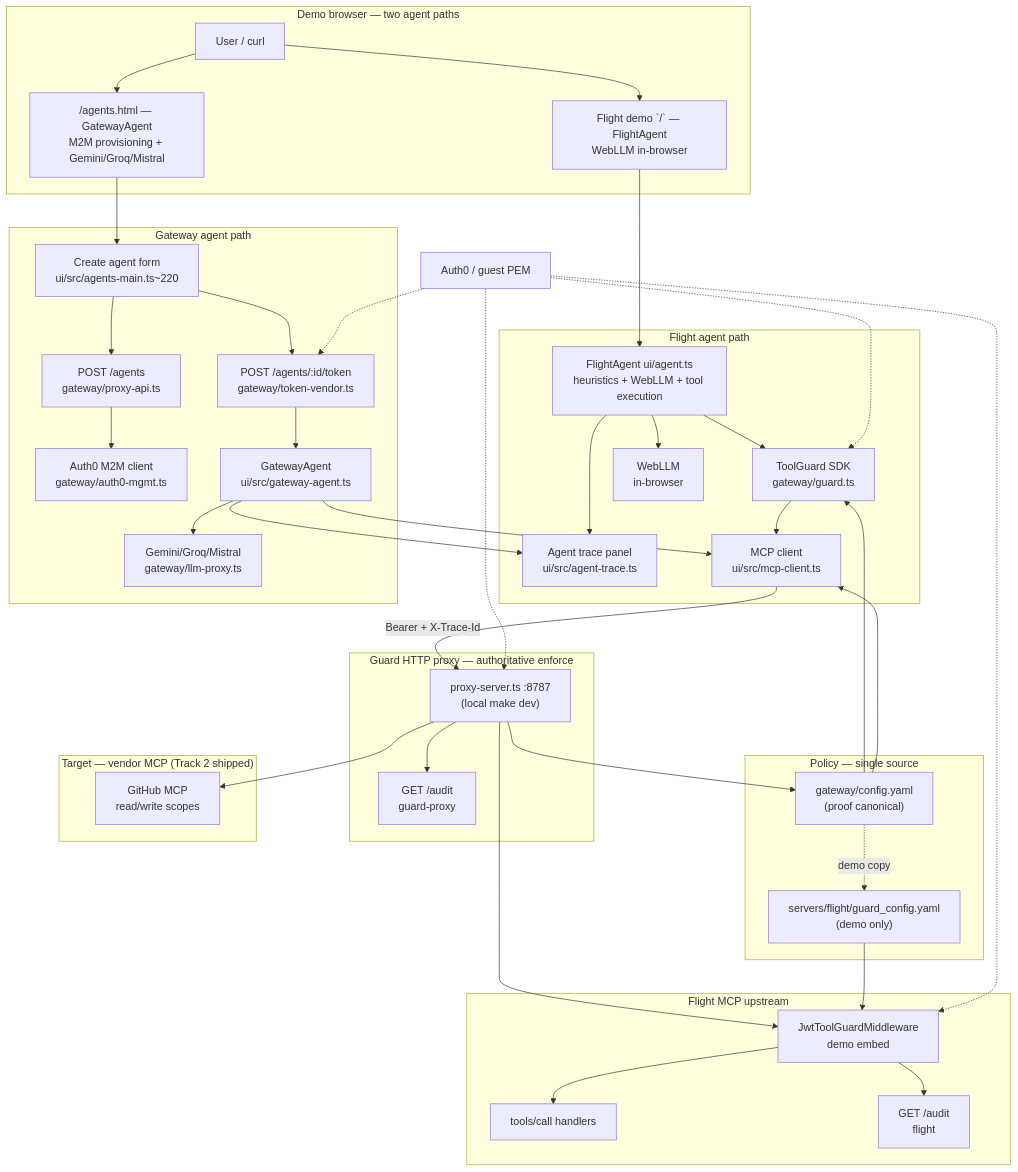
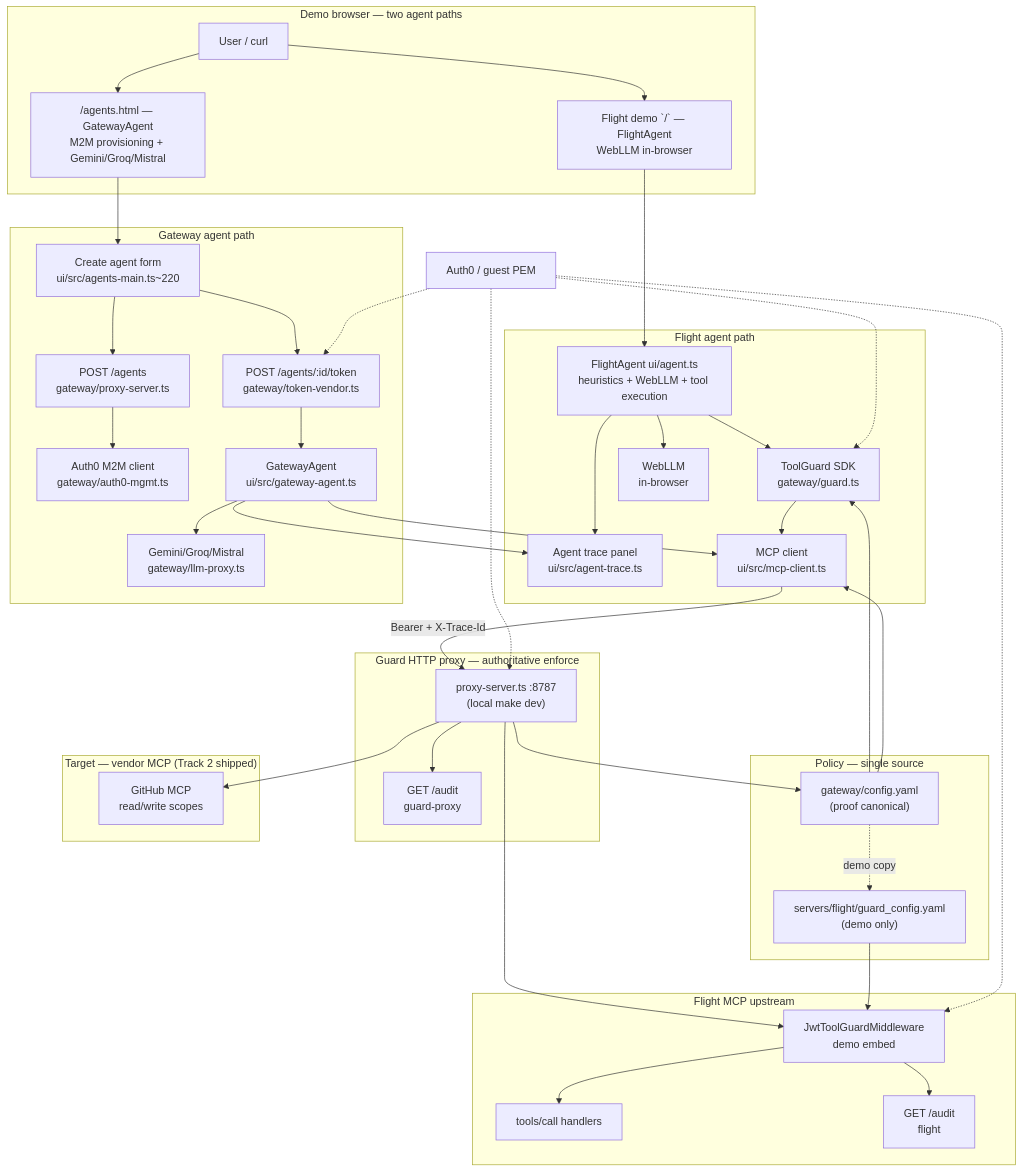
The first of 4 diagrams in docs/ARCHITECTURE.md (peterkrentel/mcp-tool-guard), drawn with Mermaid before and after one commit. The commit also changed other lines of this file and 1 other file, not shown here.

Commit message:
docs(architecture): fix POST /agents endpoint reference - proxy-server.ts not proxy-api.ts

````diff
--- a/docs/ARCHITECTURE.md
+++ b/docs/ARCHITECTURE.md
@@ -11,74 +11,74 @@
 ```mermaid
 flowchart TB
   subgraph demo ["Demo browser — two agent paths"]
     User[User / curl]
     FlightDemo["Flight demo `/` — FlightAgent<br/>WebLLM in-browser"]
     AgentGateway["/agents.html — GatewayAgent<br/>M2M provisioning + Gemini/Groq/Mistral"]
     User --> FlightDemo
     User --> AgentGateway
   end
 
   subgraph flight_path ["Flight agent path"]
     FlightAgent["FlightAgent ui/agent.ts<br/>heuristics + WebLLM + tool execution"]
     TG["ToolGuard SDK<br/>gateway/guard.ts"]
     Trace["Agent trace panel<br/>ui/src/agent-trace.ts"]
     MCPc["MCP client<br/>ui/src/mcp-client.ts"]
     FlightDemo --> FlightAgent
     FlightAgent --> WebLLM["WebLLM<br/>in-browser"]
     FlightAgent --> Trace
     FlightAgent --> TG
     TG --> MCPc
   end
 
   subgraph gateway_path ["Gateway agent path"]
     GatewayUI["Create agent form<br/>ui/src/agents-main.ts~220"]
-    CreateAgent["POST /agents<br/>gateway/proxy-api.ts"]
+    CreateAgent["POST /agents<br/>gateway/proxy-server.ts"]
     VendToken["POST /agents/:id/token<br/>gateway/token-vendor.ts"]
     Auth0Client["Auth0 M2M client<br/>gateway/auth0-mgmt.ts"]
     GatewayAgent["GatewayAgent<br/>ui/src/gateway-agent.ts"]
     Gemini["Gemini/Groq/Mistral<br/>gateway/llm-proxy.ts"]
     AgentGateway --> GatewayUI
     GatewayUI --> CreateAgent
     CreateAgent --> Auth0Client
     GatewayUI --> VendToken
     VendToken --> GatewayAgent
     GatewayAgent --> Trace
     GatewayAgent --> Gemini
     GatewayAgent --> MCPc
   end
 
   subgraph policy ["Policy — single source"]
     YAML["gateway/config.yaml<br/>(proof canonical)"]
     YAML --> TG
     YAML --> MCPc
     YAML -.->|demo copy| FlightYaml["servers/flight/guard_config.yaml<br/>(demo only)"]
   end
 
   subgraph proxy ["Guard HTTP proxy — authoritative enforce"]
     Proxy["proxy-server.ts :8787<br/>(local make dev)"]
     ProxyAudit["GET /audit<br/>guard-proxy"]
     MCPc -->|Bearer + X-Trace-Id| Proxy
     Proxy --> YAML
     Proxy --> ProxyAudit
   end
 
   subgraph flight ["Flight MCP upstream"]
     MW["JwtToolGuardMiddleware<br/>demo embed"]
     Tools["tools/call handlers"]
     FlightAudit["GET /audit<br/>flight"]
     Proxy --> MW
     MW --> Tools
     MW --> FlightAudit
     FlightYaml --> MW
   end
 
   subgraph vendor ["Target — vendor MCP (Track 2 shipped)"]
     GitHub["GitHub MCP<br/>read/write scopes"]
     Proxy --> GitHub
   end
 
   IdP["Auth0 / guest PEM"] -.-> TG
   IdP -.-> VendToken
   IdP -.-> Proxy
   IdP -.-> MW
 ```
````
